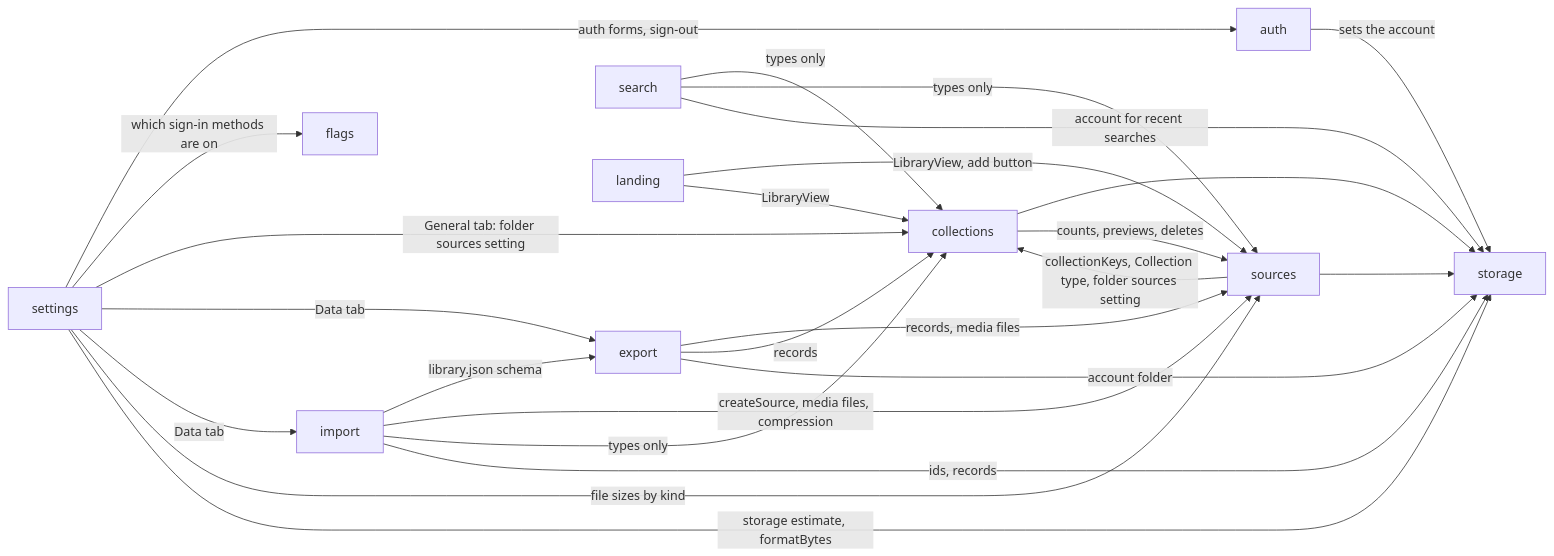
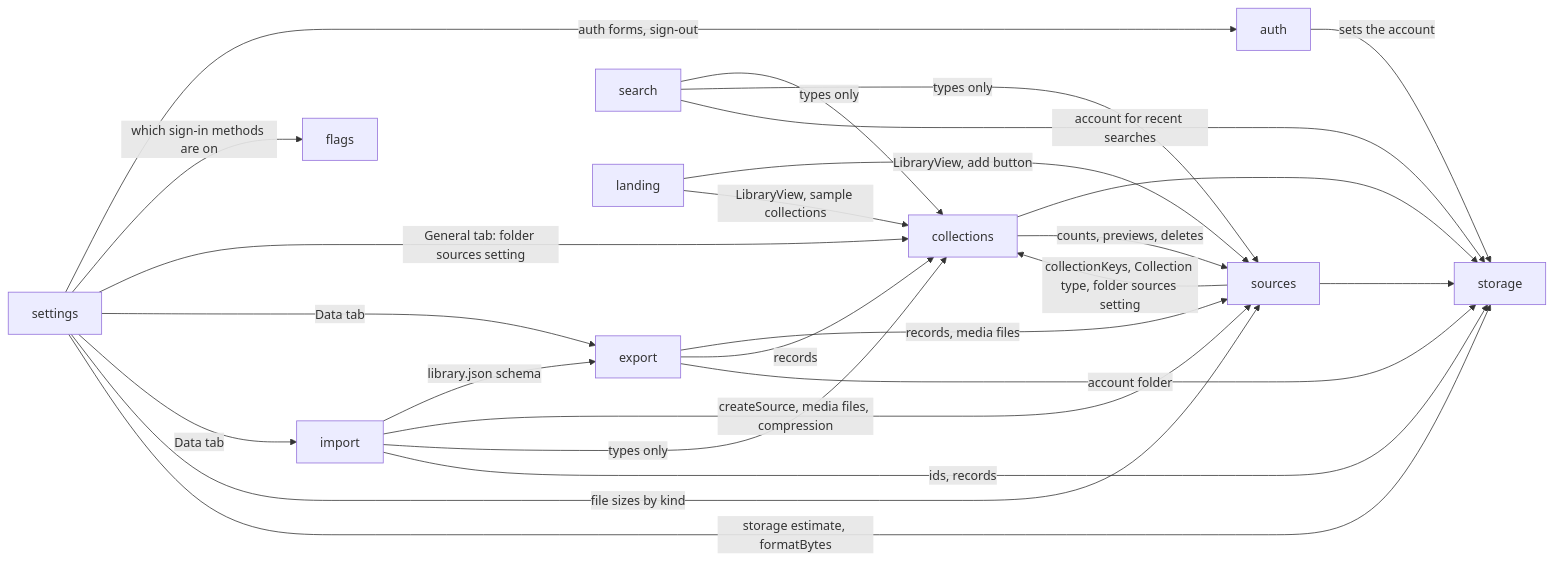
The diagram in apps/web/ARCHITECTURE.md (kun1225/mado), drawn with Mermaid before and after one commit. The commit also changed other lines of this file and 14 other files, not shown here.

First line of the commit message:
feat: polish landing page sections and seed the try-it library

````diff
--- a/apps/web/ARCHITECTURE.md
+++ b/apps/web/ARCHITECTURE.md
@@ -25,27 +25,27 @@
 ```mermaid
 graph LR
   auth -->|sets the account| storage
   settings -->|auth forms, sign-out| auth
   settings -->|which sign-in methods are on| flags
   settings -->|General tab: folder sources setting| collections
   settings -->|Data tab| export
   settings -->|Data tab| import
   settings -->|file sizes by kind| sources
   settings -->|storage estimate, formatBytes| storage
   export -->|records, media files| sources
   export -->|records| collections
   export -->|account folder| storage
   import -->|library.json schema| export
   import -->|createSource, media files, compression| sources
   import -->|types only| collections
   import -->|ids, records| storage
   sources --> storage
   collections --> storage
   sources -->|collectionKeys, Collection type, folder sources setting| collections
   collections -->|counts, previews, deletes| sources
   search -->|types only| collections
   search -->|types only| sources
   search -->|account for recent searches| storage
   landing -->|LibraryView, add button| sources
-  landing -->|LibraryView| collections
+  landing -->|LibraryView, sample collections| collections
 ```
````
